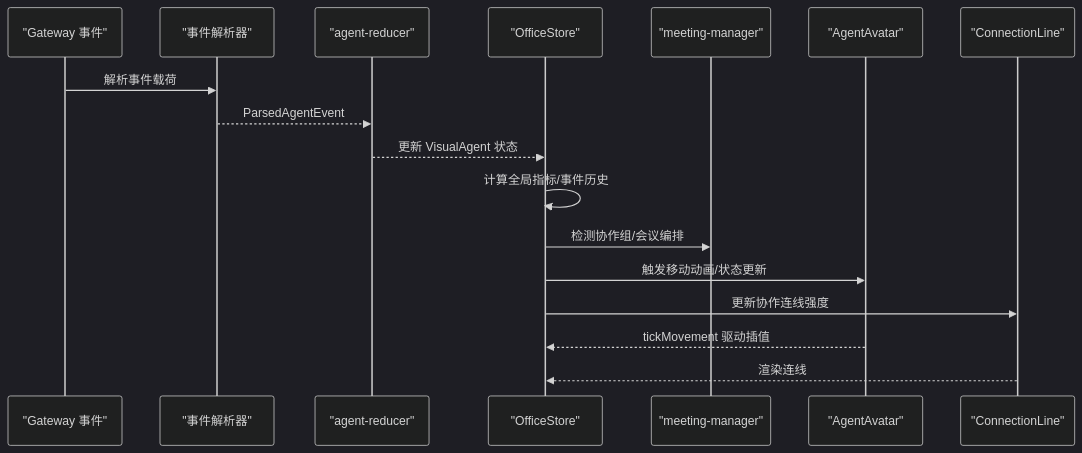
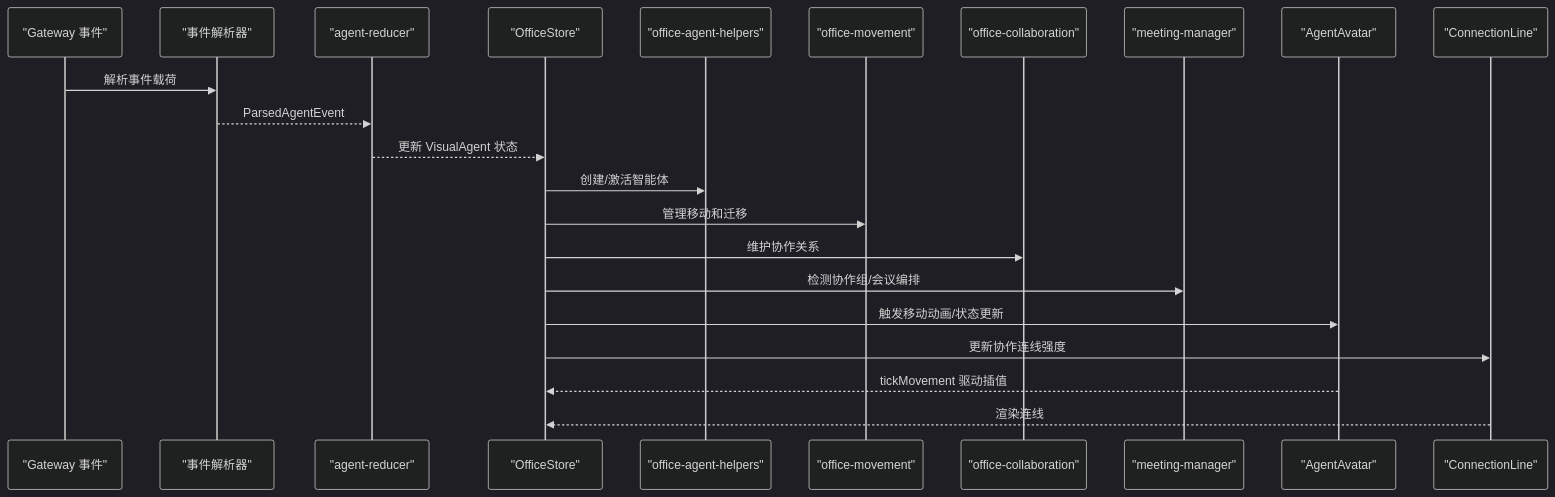
Before and after one commit to WW-AI-Lab/openclaw-office: the second of 8 diagrams in .qoder/repowiki/zh/content/状态管理系统/Office Store 核心设计.md, drawn with Mermaid (dark theme). The commit also changed other lines of this file and 27 other files, not shown here.

````diff
--- a/.qoder/repowiki/zh/content/状态管理系统/Office Store 核心设计.md
+++ b/.qoder/repowiki/zh/content/状态管理系统/Office Store 核心设计.md
@@ -119,19 +130,24 @@
 ```mermaid
 sequenceDiagram
 participant GW as "Gateway 事件"
 participant EP as "事件解析器"
 participant AR as "agent-reducer"
 participant OS as "OfficeStore"
+participant OAH as "office-agent-helpers"
+participant OM as "office-movement"
+participant OC as "office-collaboration"
 participant MM as "meeting-manager"
 participant AA as "AgentAvatar"
 participant CL as "ConnectionLine"
 GW->>EP : 解析事件载荷
 EP-->>AR : ParsedAgentEvent
 AR-->>OS : 更新 VisualAgent 状态
-OS->>OS : 计算全局指标/事件历史
+OS->>OAH : 创建/激活智能体
+OS->>OM : 管理移动和迁移
+OS->>OC : 维护协作关系
 OS->>MM : 检测协作组/会议编排
 OS->>AA : 触发移动动画/状态更新
 OS->>CL : 更新协作连线强度
 AA-->>OS : tickMovement 驱动插值
 CL-->>OS : 渲染连线
 ```
````
